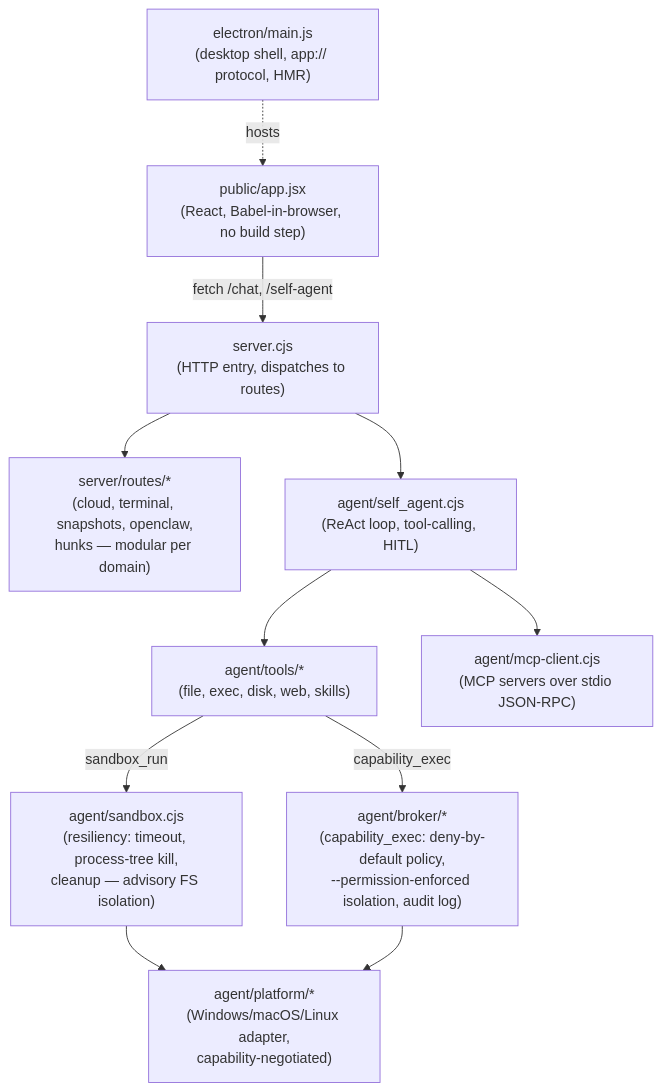
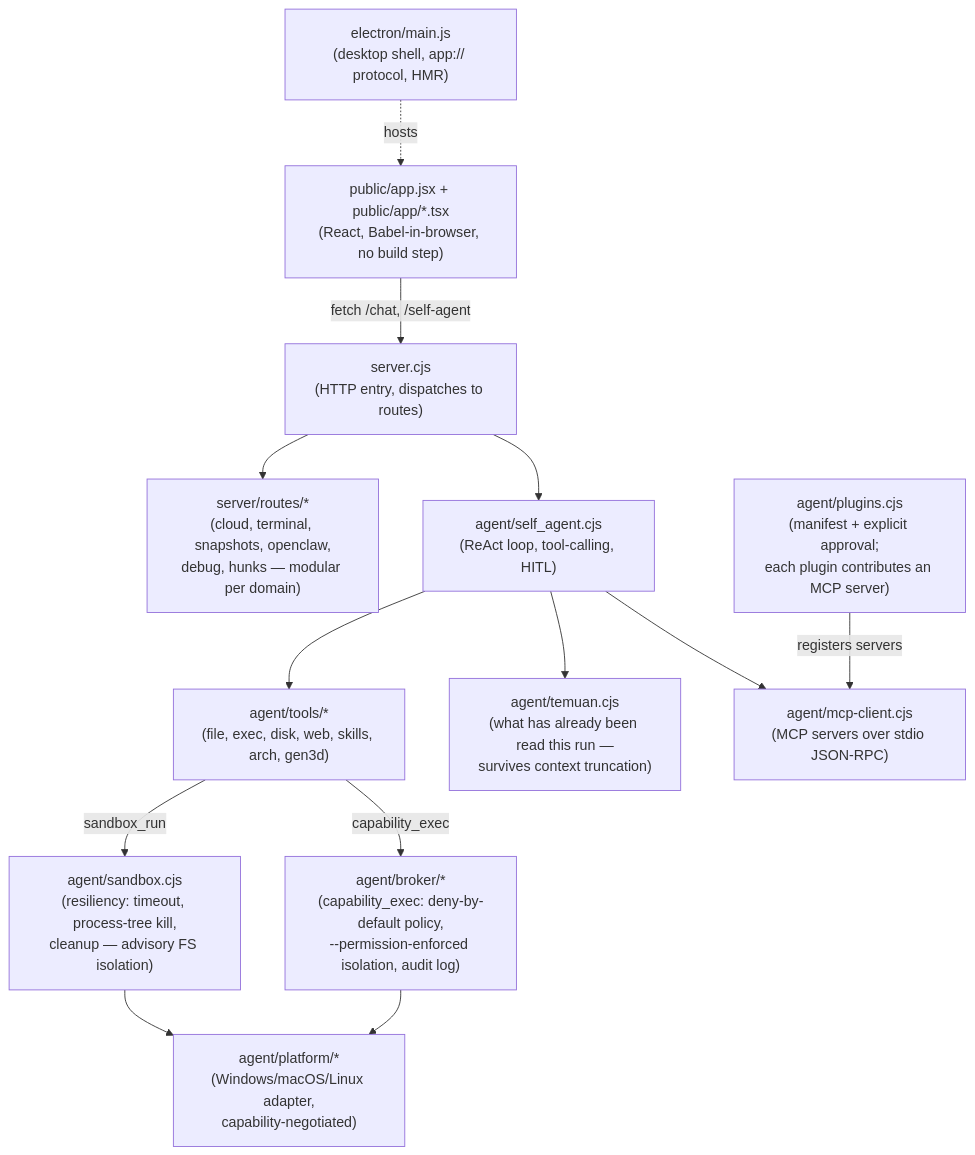
The diagram in README.md (tegardave-alt/Wolfspace-ai-native), drawn with Mermaid before and after one commit. The commit also changed other lines of this file and 2 other files, not shown here.

````diff
--- a/README.md
+++ b/README.md
@@ -141,24 +151,28 @@
 ```mermaid
 graph TD
     Shell["electron/main.js<br/>(desktop shell, app:// protocol, HMR)"]
-    UI["public/app.jsx<br/>(React, Babel-in-browser, no build step)"]
+    UI["public/app.jsx + public/app/*.tsx<br/>(React, Babel-in-browser, no build step)"]
     API["server.cjs<br/>(HTTP entry, dispatches to routes)"]
-    Routes["server/routes/*<br/>(cloud, terminal, snapshots, openclaw,<br/>hunks — modular per domain)"]
+    Routes["server/routes/*<br/>(cloud, terminal, snapshots, openclaw,<br/>debug, hunks — modular per domain)"]
     Agent["agent/self_agent.cjs<br/>(ReAct loop, tool-calling, HITL)"]
-    Tools["agent/tools/*<br/>(file, exec, disk, web, skills)"]
+    Tools["agent/tools/*<br/>(file, exec, disk, web, skills, arch, gen3d)"]
+    Memory["agent/temuan.cjs<br/>(what has already been read this run —<br/>survives context truncation)"]
     MCP["agent/mcp-client.cjs<br/>(MCP servers over stdio JSON-RPC)"]
+    Plugins["agent/plugins.cjs<br/>(manifest + explicit approval;<br/>each plugin contributes an MCP server)"]
     Sandbox["agent/sandbox.cjs<br/>(resiliency: timeout, process-tree kill,<br/>cleanup — advisory FS isolation)"]
     Broker["agent/broker/*<br/>(capability_exec: deny-by-default policy,<br/>--permission-enforced isolation, audit log)"]
     Platform["agent/platform/*<br/>(Windows/macOS/Linux adapter,<br/>capability-negotiated)"]
 
     Shell -.->|hosts| UI
     UI -->|fetch /chat, /self-agent| API
     API --> Routes
     API --> Agent
     Agent --> Tools
+    Agent --> Memory
     Agent --> MCP
+    Plugins -->|registers servers| MCP
     Tools -->|sandbox_run| Sandbox
     Tools -->|capability_exec| Broker
     Sandbox --> Platform
     Broker --> Platform
 ```
````
